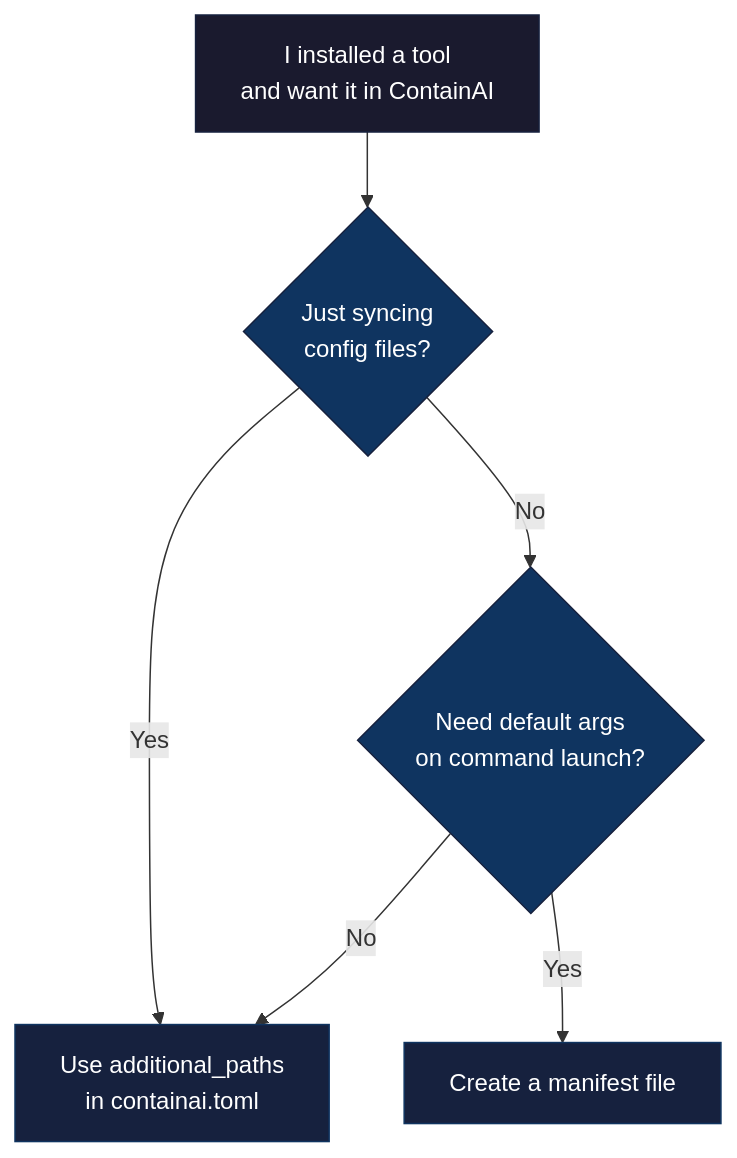
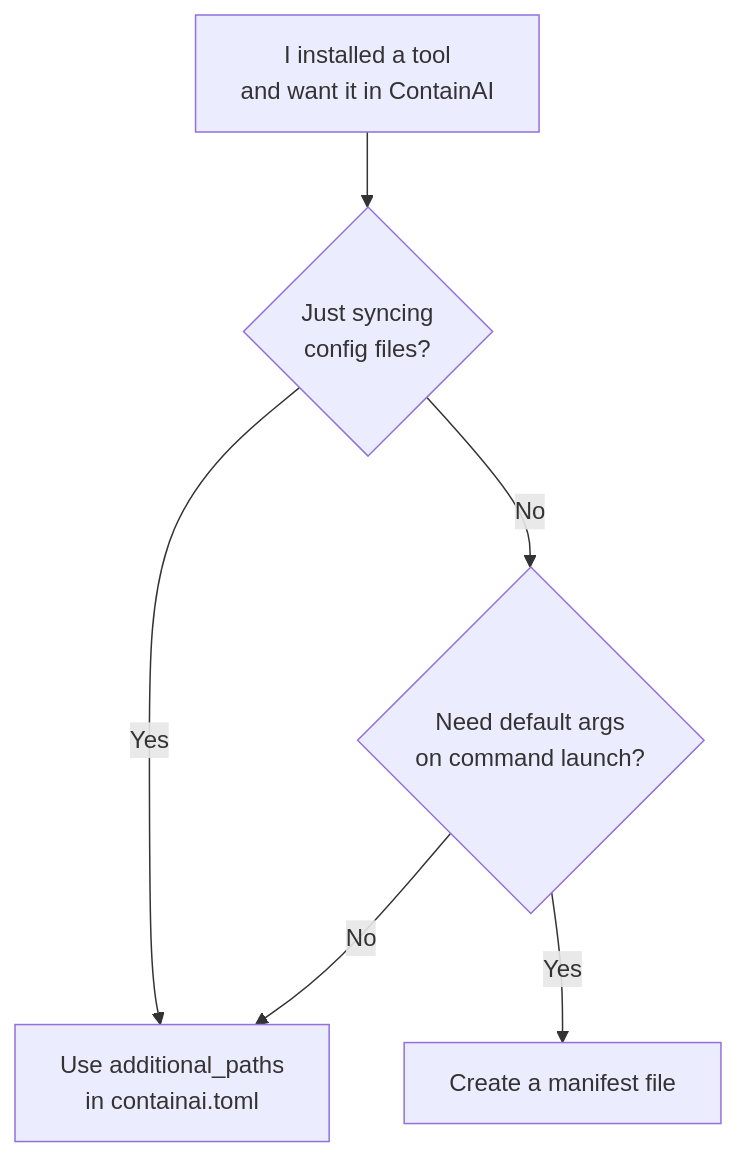
The diagram in docs/custom-tools.md (novotnyllc/ContainAI), drawn with Mermaid before and after one commit. The commit also changed 14 other files, not shown here.

````diff
--- a/docs/custom-tools.md
+++ b/docs/custom-tools.md
@@ -9,18 +9,13 @@
 ```mermaid
 flowchart TD
     Start["I installed a tool<br/>and want it in ContainAI"]
     Q1{"Just syncing<br/>config files?"}
     Q2{"Need default args<br/>on command launch?"}
 
     Start --> Q1
     Q1 -->|Yes| UseAdditional["Use additional_paths<br/>in containai.toml"]
     Q1 -->|No| Q2
     Q2 -->|Yes| UseManifest["Create a manifest file"]
     Q2 -->|No| UseAdditional
 
-    style Start fill:#1a1a2e,stroke:#16213e,color:#fff
-    style Q1 fill:#0f3460,stroke:#16213e,color:#fff
-    style Q2 fill:#0f3460,stroke:#16213e,color:#fff
-    style UseAdditional fill:#16213e,stroke:#0f3460,color:#fff
-    style UseManifest fill:#16213e,stroke:#0f3460,color:#fff
 ```
````
